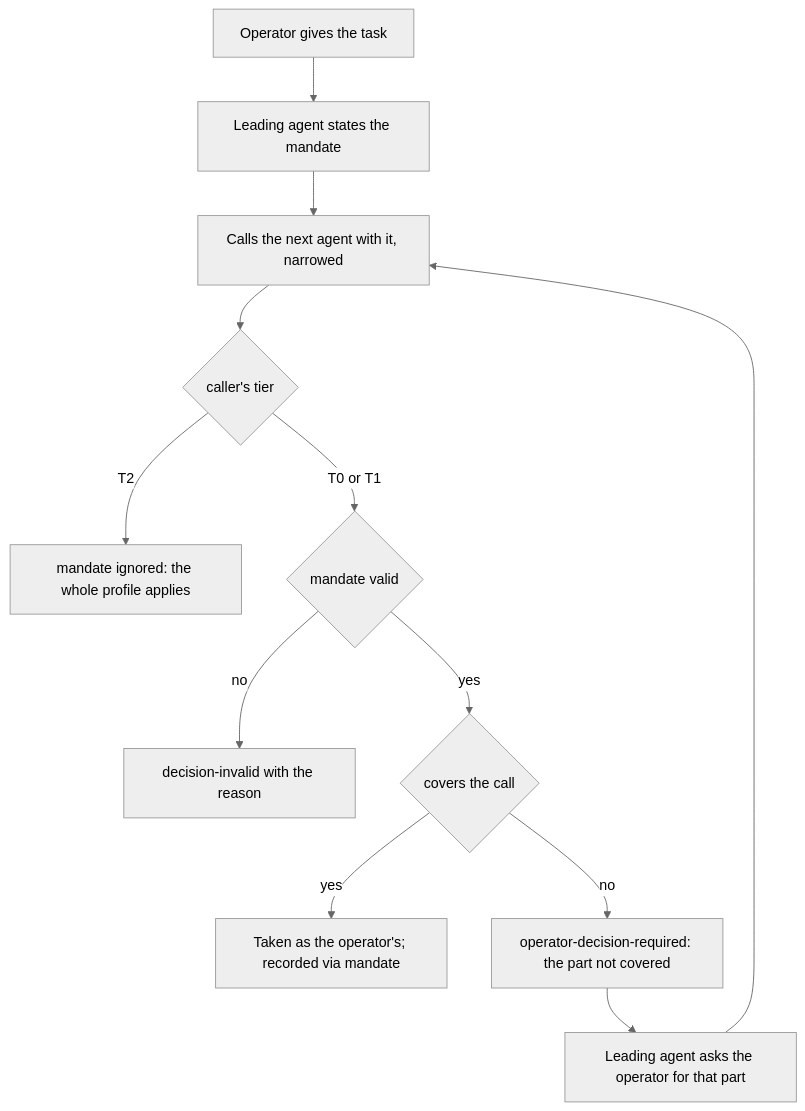
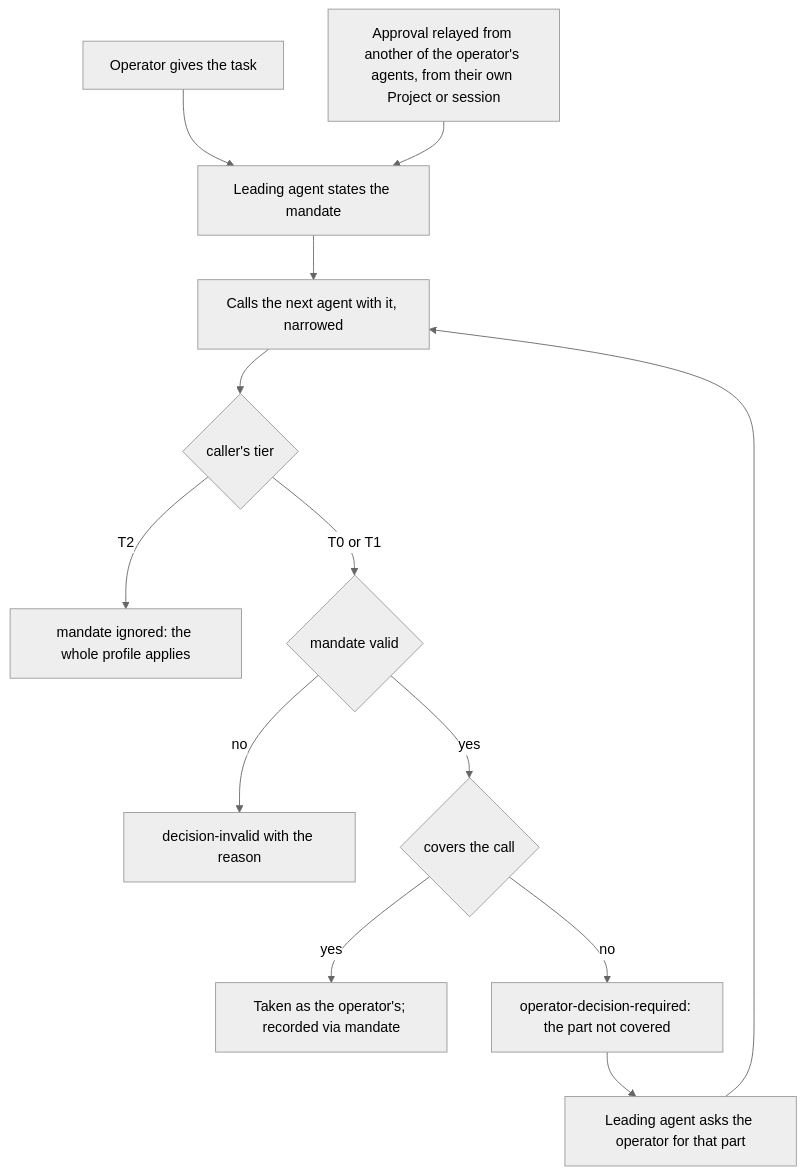
Diagram 31 of 31 in docs/ux/flows.md (passioncode-ai/fabric-agent-contract), drawn with Mermaid (neutral theme) before and after one commit. The commit also changed 4 other files, not shown here.

````diff
--- a/docs/ux/flows.md
+++ b/docs/ux/flows.md
@@ -775,14 +775,15 @@
 ```mermaid
 flowchart TD
   O[Operator gives the task] --> L[Leading agent states the mandate]
+  R[Approval relayed from another of the operator's agents, from their own Project or session] --> L
   L --> C[Calls the next agent with it, narrowed]
   C --> T{caller's tier}
   T -->|T2| X[mandate ignored: the whole profile applies]
   T -->|T0 or T1| V{mandate valid}
   V -->|no| I[decision-invalid with the reason]
   V -->|yes| K{covers the call}
   K -->|yes| A[Taken as the operator's; recorded via mandate]
   K -->|no| Q[operator-decision-required: the part not covered]
   Q --> P[Leading agent asks the operator for that part]
   P --> C
 ```
````
